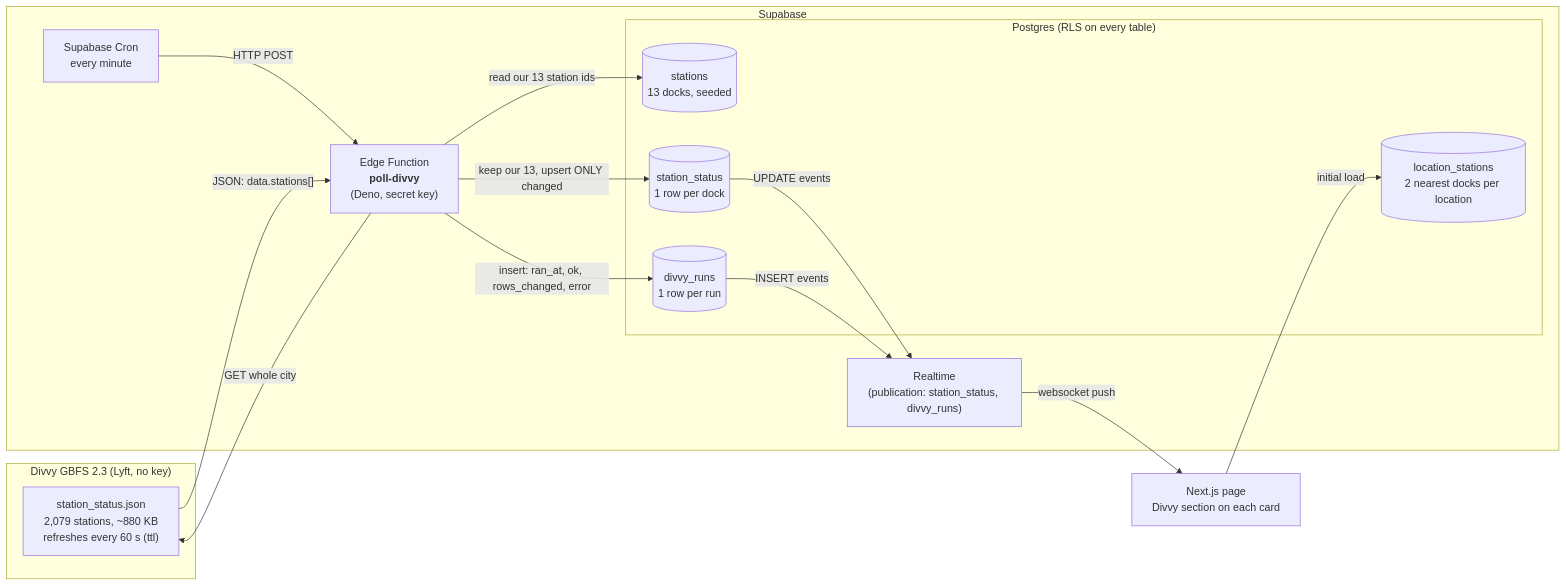
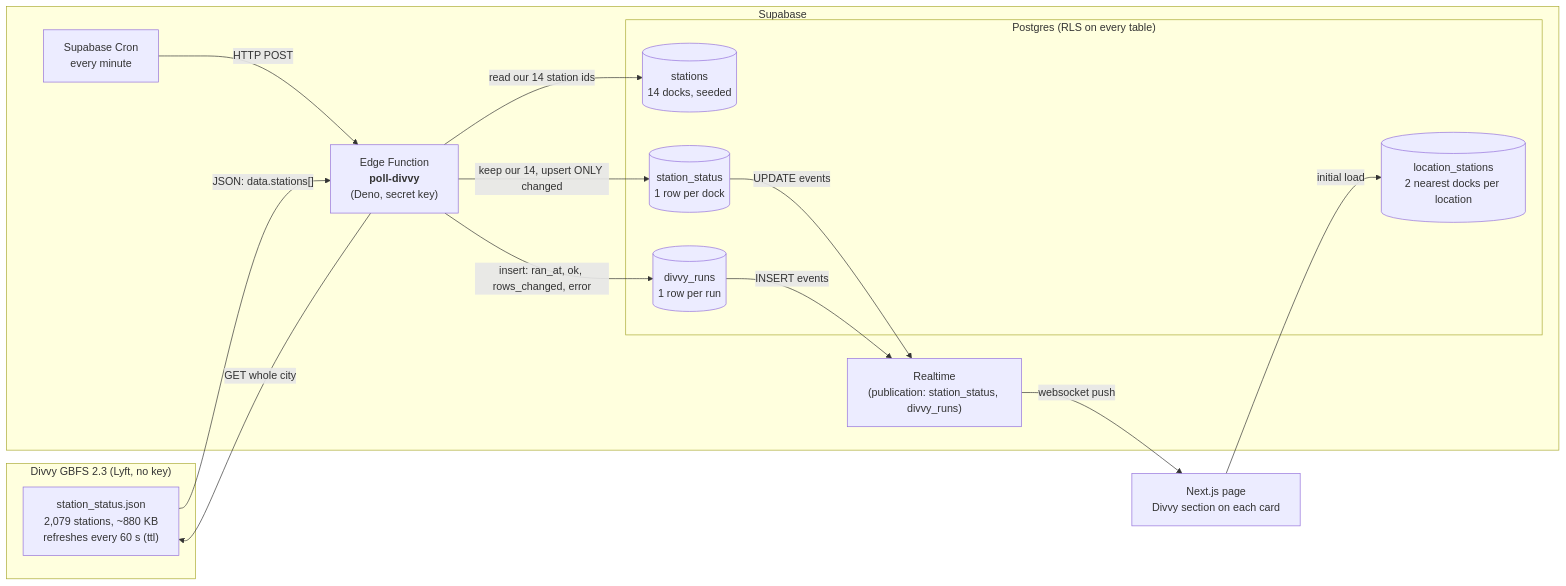
The second of 2 diagrams in docs/data-flow.md (apham799/DesignBuildShip_Assignment5), drawn with Mermaid before and after one commit. The commit also changed other lines of this file and 1 other file, not shown here.

Commit message:
Divvy tables: stations (14 seeded), location_stations, station_status, divvy_runs
RLS on all four, read-only for anon + authenticated (revoke all first), live tables
in the Realtime publication. Verified grants, publication and seed counts.

````diff
--- a/docs/data-flow.md
+++ b/docs/data-flow.md
@@ -99,31 +99,31 @@
 ```mermaid
 flowchart LR
     subgraph Source2["Divvy GBFS 2.3 (Lyft, no key)"]
         GB["station_status.json<br/>2,079 stations, ~880 KB<br/>refreshes every 60 s (ttl)"]
     end
 
     subgraph Supabase
         CRON2["Supabase Cron<br/>every minute"]
         W2["Edge Function<br/><b>poll-divvy</b><br/>(Deno, secret key)"]
         subgraph DB2["Postgres (RLS on every table)"]
-            ST[("stations<br/>13 docks, seeded")]
+            ST[("stations<br/>14 docks, seeded")]
             LS[("location_stations<br/>2 nearest docks per location")]
             SS[("station_status<br/>1 row per dock")]
             DR[("divvy_runs<br/>1 row per run")]
         end
         RT2["Realtime<br/>(publication: station_status, divvy_runs)"]
     end
 
     PAGE2["Next.js page<br/>Divvy section on each card"]
 
     CRON2 -- "HTTP POST" --> W2
-    W2 -- "read our 13 station ids" --> ST
+    W2 -- "read our 14 station ids" --> ST
     W2 -- "GET whole city" --> GB
     GB -- "JSON: data.stations[]" --> W2
-    W2 -- "keep our 13, upsert ONLY changed" --> SS
+    W2 -- "keep our 14, upsert ONLY changed" --> SS
     W2 -- "insert: ran_at, ok, rows_changed, error" --> DR
     SS -- "UPDATE events" --> RT2
     DR -- "INSERT events" --> RT2
     RT2 -- "websocket push" --> PAGE2
     PAGE2 -- "initial load" --> LS
 ```
````
